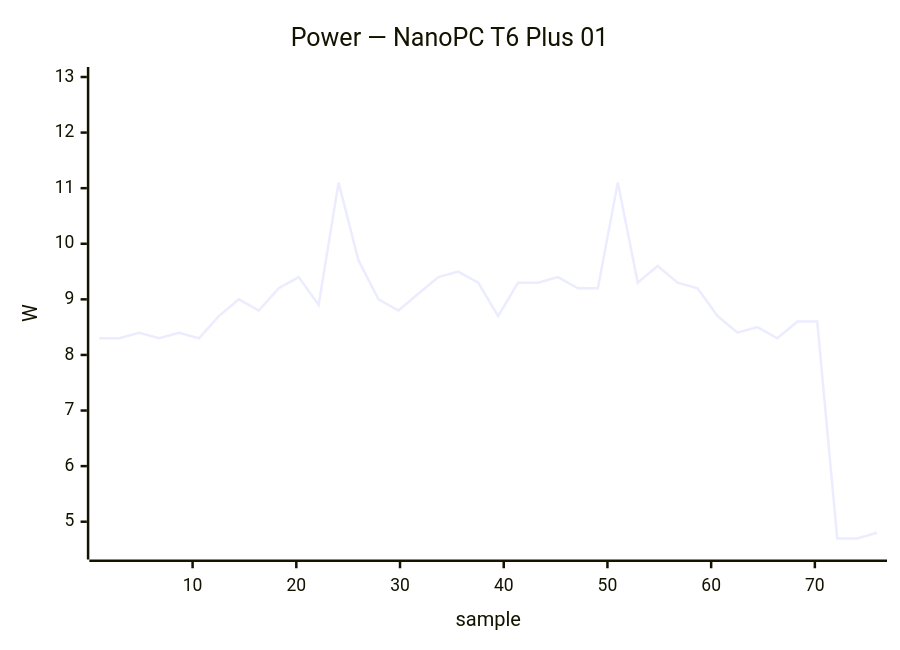
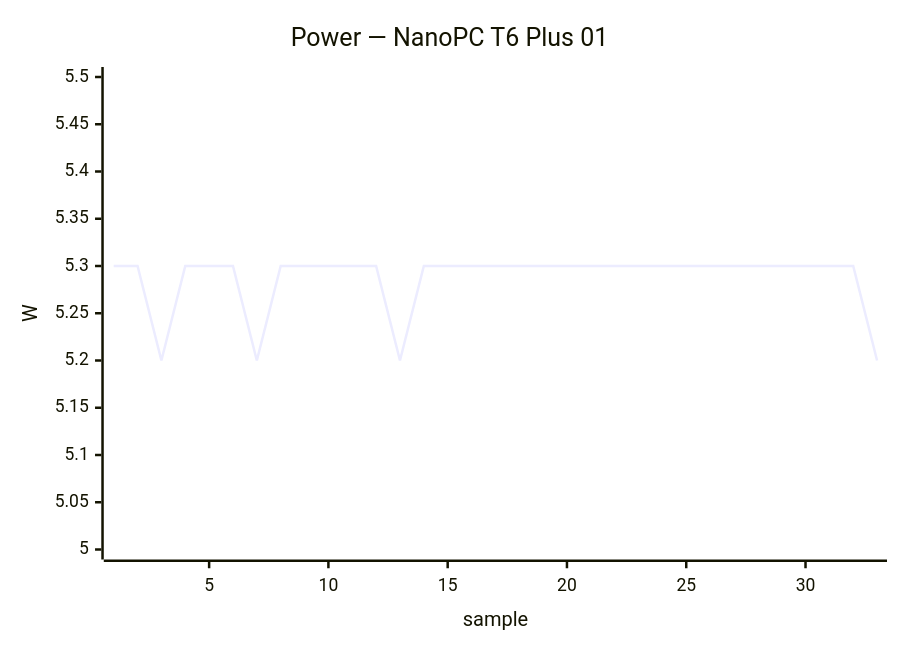
One commit to armbian/documentation changed the third of 39 diagrams in docs/status/board-tests.md. Above: the diagram before and after it, drawn with Mermaid. The commit also changed other lines of this file, not shown here.

````diff
--- a/docs/status/board-tests.md
+++ b/docs/status/board-tests.md
@@ -101,7 +74,7 @@
 ```mermaid
 xychart-beta
     title "Power — NanoPC T6 Plus 01"
-    x-axis "sample" 1 --> 76
-    y-axis "W" 4.5 --> 13.0
-    line [8.3, 8.3, 8.4, 8.3, 8.4, 8.3, 8.7, 9.0, 8.8, 9.2, 9.4, 8.9, 11.1, 9.7, 9.0, 8.8, 9.1, 9.4, 9.5, 9.3, 8.7, 9.3, 9.3, 9.4, 9.2, 9.2, 11.1, 9.3, 9.6, 9.3, 9.2, 8.7, 8.4, 8.5, 8.3, 8.6, 8.6, 4.7, 4.7, 4.8]
+    x-axis "sample" 1 --> 33
+    y-axis "W" 5.0 --> 5.5
+    line [5.3, 5.3, 5.2, 5.3, 5.3, 5.3, 5.2, 5.3, 5.3, 5.3, 5.3, 5.3, 5.2, 5.3, 5.3, 5.3, 5.3, 5.3, 5.3, 5.3, 5.3, 5.3, 5.3, 5.3, 5.3, 5.3, 5.3, 5.3, 5.3, 5.3, 5.3, 5.3, 5.2]
 ```
````
